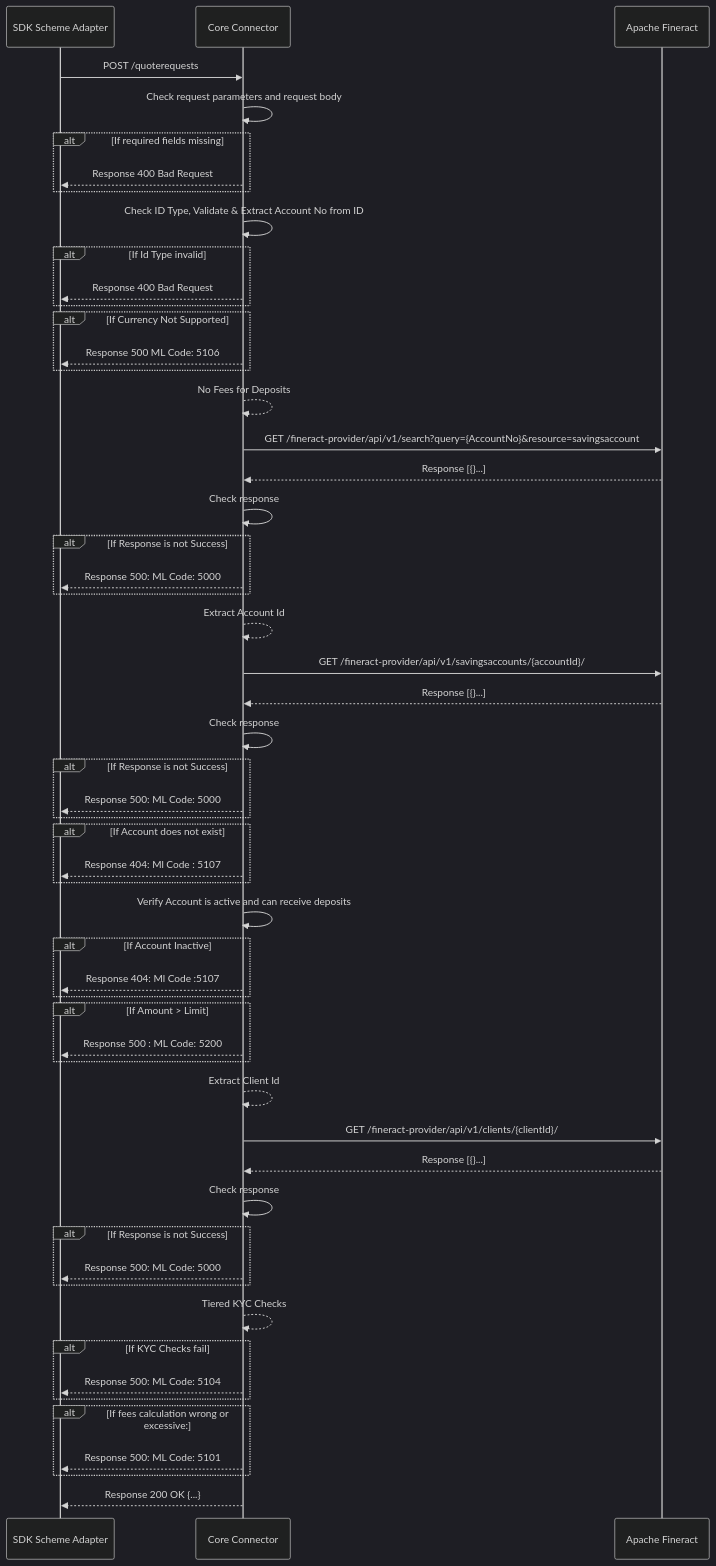
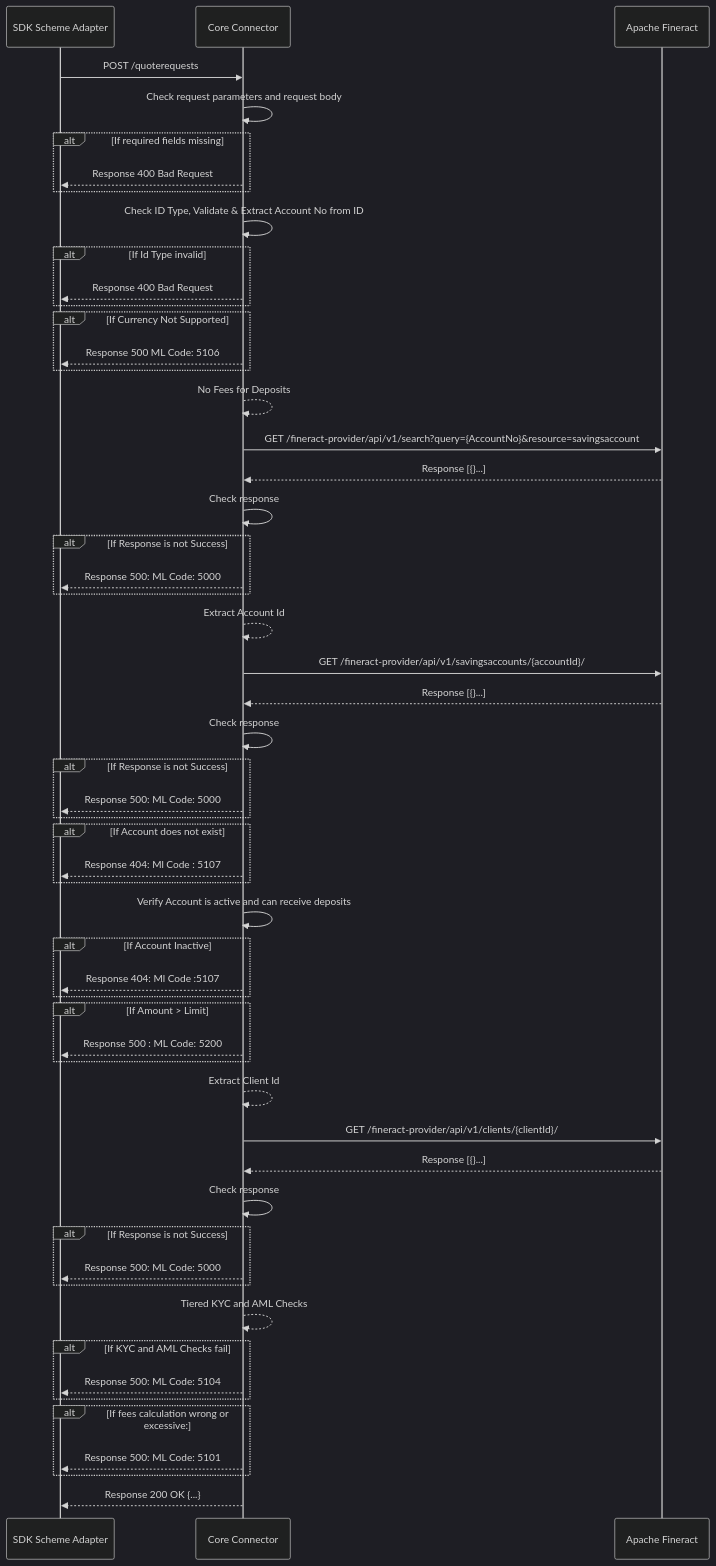
One commit to mojaloop/mifos-core-connector-docs changed the diagram in docs/PayeeQuoteRequest.md. Above: the diagram before and after it, drawn with Mermaid (dark theme). The commit also changed 1 other file, not shown here.

Commit message:
feat: update sequence diagrams for quotes and transfers

````diff
--- a/docs/PayeeQuoteRequest.md
+++ b/docs/PayeeQuoteRequest.md
@@ -3,54 +3,54 @@
 ```mermaid
 sequenceDiagram
     SDK Scheme Adapter->>Core Connector: POST /quoterequests
     Core Connector ->> Core Connector: Check request parameters and request body
     Alt If required fields missing
     Core Connector-->>SDK Scheme Adapter: Response 400 Bad Request
     End
     Core Connector->>Core Connector: Check ID Type, Validate & Extract Account No from ID
     Alt If Id Type invalid
     Core Connector-->>SDK Scheme Adapter: Response 400 Bad Request
     End
     Alt If Currency Not Supported
     Core Connector -->> SDK Scheme Adapter: Response 500 ML Code: 5106
     End
     Core Connector-->>Core Connector: No Fees for Deposits
     Core Connector->>Apache Fineract: GET /fineract-provider/api/v1/search?query={AccountNo}&resource=savingsaccount
     Apache Fineract-->>Core Connector: Response [{}...]
     Core Connector ->> Core Connector: Check response
     Alt If Response is not Success
     Core Connector -->> SDK Scheme Adapter: Response 500: ML Code: 5000
     End
     Core Connector-->>Core Connector: Extract Account Id
     Core Connector->>Apache Fineract: GET /fineract-provider/api/v1/savingsaccounts/{accountId}/
     Apache Fineract-->>Core Connector: Response [{}...]
     Core Connector ->> Core Connector: Check response
     Alt If Response is not Success
     Core Connector -->> SDK Scheme Adapter: Response 500: ML Code: 5000
     End
     Alt If Account does not exist
     Core Connector -->> SDK Scheme Adapter: Response 404: Ml Code : 5107
     End 
     Core Connector->>Core Connector: Verify Account is active and can receive deposits
     Alt If Account Inactive
     Core Connector -->> SDK Scheme Adapter: Response 404: Ml Code :5107
     End
     Alt If Amount > Limit
     Core Connector -->> SDK Scheme Adapter: Response 500 : ML Code: 5200
     End
     Core Connector-->>Core Connector: Extract Client Id
     Core Connector->>Apache Fineract: GET /fineract-provider/api/v1/clients/{clientId}/
     Apache Fineract-->>Core Connector: Response [{}...]
     Core Connector ->> Core Connector: Check response
     Alt If Response is not Success
     Core Connector -->> SDK Scheme Adapter: Response 500: ML Code: 5000
     End 
-    Core Connector-->>Core Connector: Tiered KYC Checks 
-    Alt If KYC Checks fail
+    Core Connector-->>Core Connector: Tiered KYC and AML Checks 
+    Alt If KYC and AML Checks fail
     Core Connector-->> SDK Scheme Adapter: Response 500: ML Code: 5104
     End
     Alt If fees calculation wrong or excessive:
     Core Connector-->> SDK Scheme Adapter: Response 500: ML Code: 5101
     End
     Core Connector-->>SDK Scheme Adapter: Response 200 OK {...}
 ```
````
